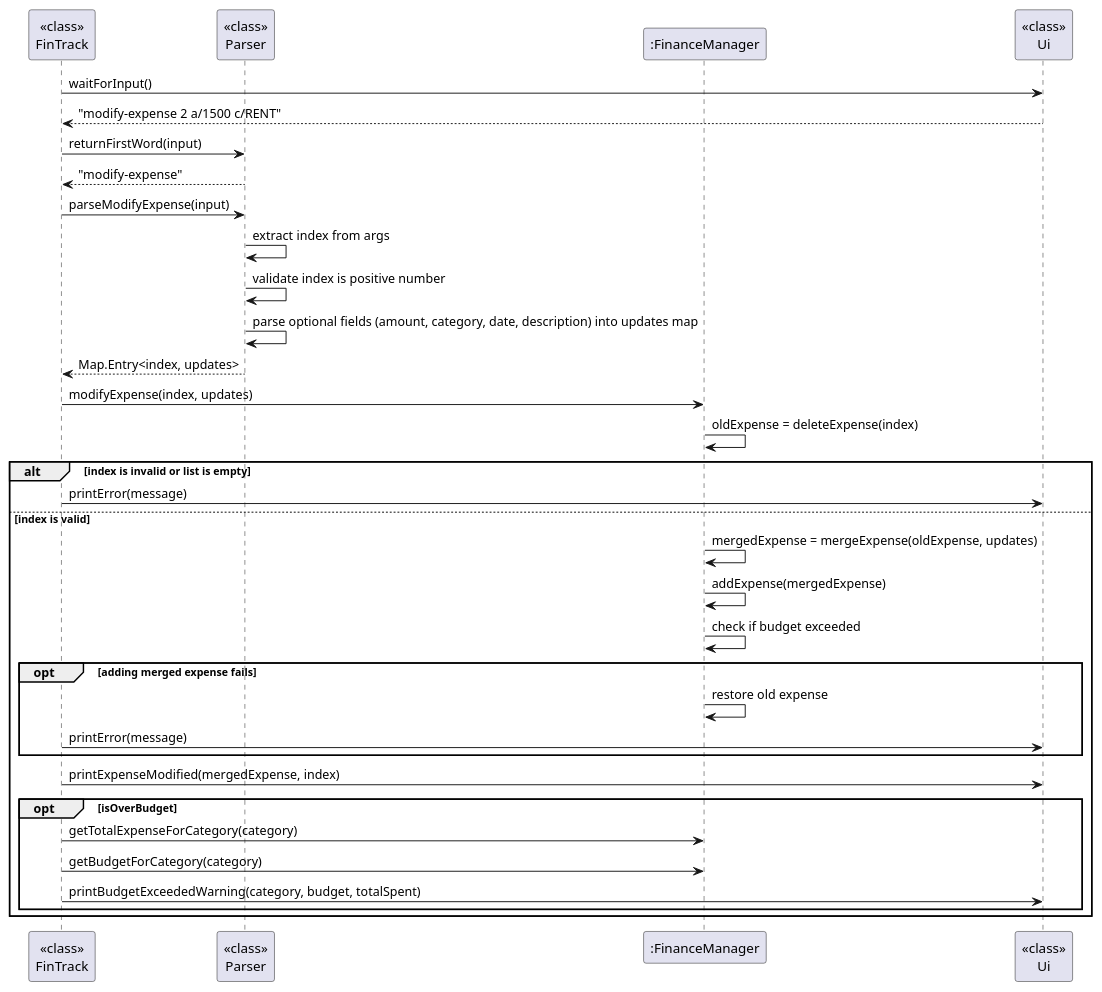
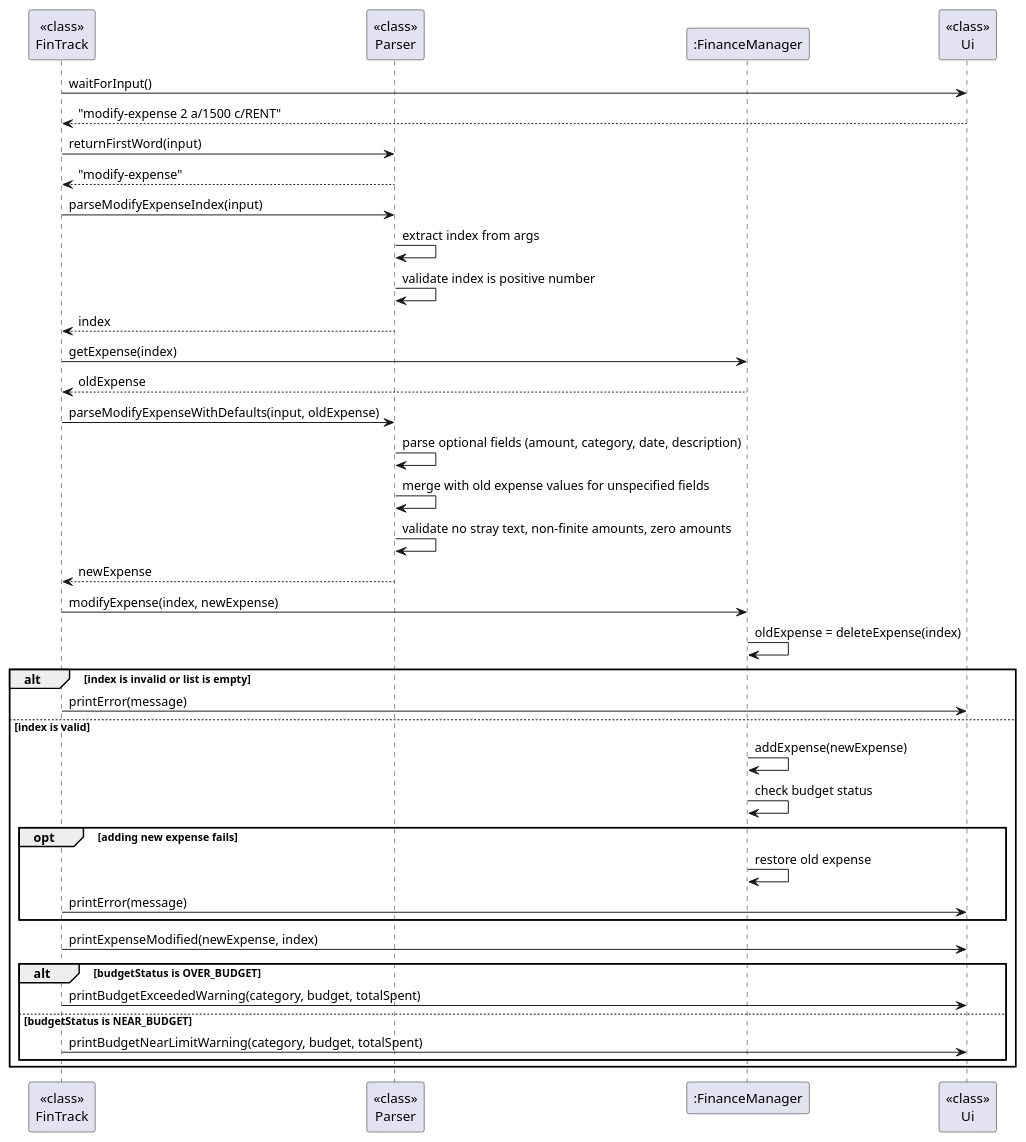
Before and after one commit to AY2526S1-CS2113-W12-4/tp: the diagram in docs/diagrams/modify_expense.puml, drawn with PlantUML. The commit also changed 3 other files, not shown here.

Commit message:
Update puml diagrams to better reflect modify command change

```diff
--- a/docs/diagrams/modify_expense.puml
+++ b/docs/diagrams/modify_expense.puml
@@ -1,43 +1,50 @@
 @startuml
 participant "<<class>>\nFinTrack" as FT
 participant "<<class>>\nParser" as P
 participant ":FinanceManager" as FM
 participant "<<class>>\nUi" as UI
 
 FT -> UI: waitForInput()
 UI --> FT: "modify-expense 2 a/1500 c/RENT"
 
 FT -> P: returnFirstWord(input)
 P --> FT: "modify-expense"
 
-FT -> P: parseModifyExpense(input)
+FT -> P: parseModifyExpenseIndex(input)
 P -> P: extract index from args
 P -> P: validate index is positive number
-P -> P: parse optional fields (amount, category, date, description) into updates map
-P --> FT: Map.Entry<index, updates>
+P --> FT: index
 
-FT -> FM: modifyExpense(index, updates)
+FT -> FM: getExpense(index)
+FM --> FT: oldExpense
+
+FT -> P: parseModifyExpenseWithDefaults(input, oldExpense)
+P -> P: parse optional fields (amount, category, date, description)
+P -> P: merge with old expense values for unspecified fields
+P -> P: validate no stray text, non-finite amounts, zero amounts
+P --> FT: newExpense
+
+FT -> FM: modifyExpense(index, newExpense)
 
 FM -> FM: oldExpense = deleteExpense(index)
 
 alt index is invalid or list is empty
     FT -> UI: printError(message)
 else index is valid
-    FM -> FM: mergedExpense = mergeExpense(oldExpense, updates)
-    FM -> FM: addExpense(mergedExpense)
-    FM -> FM: check if budget exceeded
+    FM -> FM: addExpense(newExpense)
+    FM -> FM: check budget status
 
-    opt adding merged expense fails
+    opt adding new expense fails
         FM -> FM: restore old expense
         FT -> UI: printError(message)
     end
 
-    FT -> UI: printExpenseModified(mergedExpense, index)
+    FT -> UI: printExpenseModified(newExpense, index)
 
-    opt isOverBudget
-        FT -> FM: getTotalExpenseForCategory(category)
-        FT -> FM: getBudgetForCategory(category)
+    alt budgetStatus is OVER_BUDGET
         FT -> UI: printBudgetExceededWarning(category, budget, totalSpent)
+    else budgetStatus is NEAR_BUDGET
+        FT -> UI: printBudgetNearLimitWarning(category, budget, totalSpent)
     end
 end
 @enduml
```
